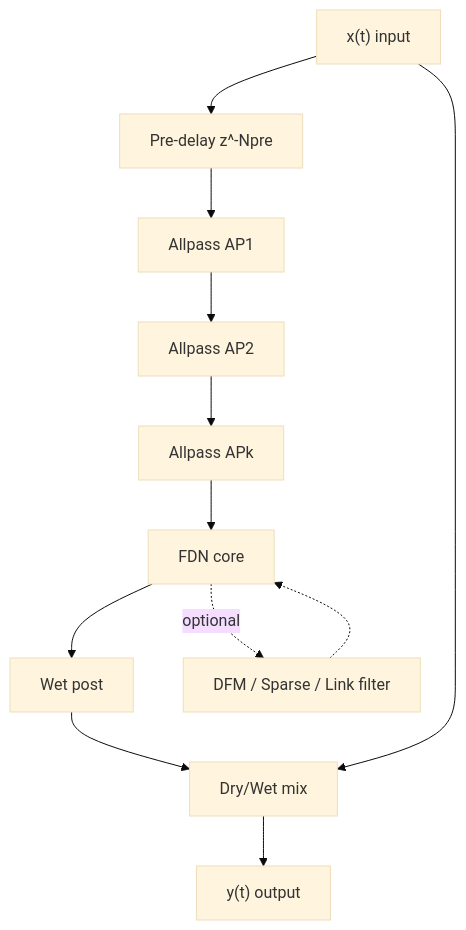
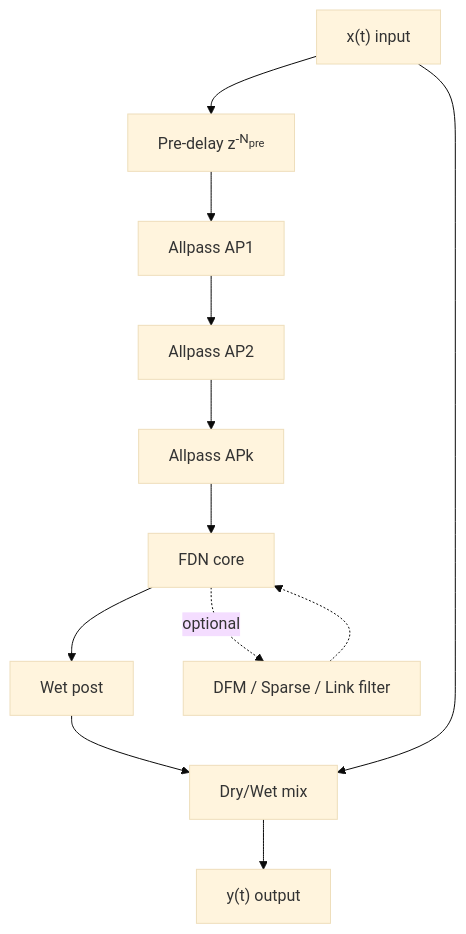
The fifth of 15 diagrams in README.md (TheColby/verbx), drawn with Mermaid (base theme) before and after one commit. The commit also changed other lines of this file, not shown here.

Commit message:
docs: add instant sonic quickstart and math-style delay labels

````diff
--- a/README.md
+++ b/README.md
@@ -1419,14 +1433,14 @@
 ```mermaid
 flowchart TD
-  X["x(t) input"] --> P["Pre-delay z^-Npre"]
+  X["x(t) input"] --> P["Pre-delay z<sup>-N<sub>pre</sub></sup>"]
   P --> A1["Allpass AP1"]
   A1 --> A2["Allpass AP2"]
   A2 --> AK["Allpass APk"]
   AK --> FDN["FDN core"]
   FDN --> POST["Wet post"]
   POST --> MIX["Dry/Wet mix"]
   X --> MIX
   MIX --> Y["y(t) output"]
   FDN -. optional .-> OPT["DFM / Sparse / Link filter"]
   OPT -.-> FDN
 ```
````
